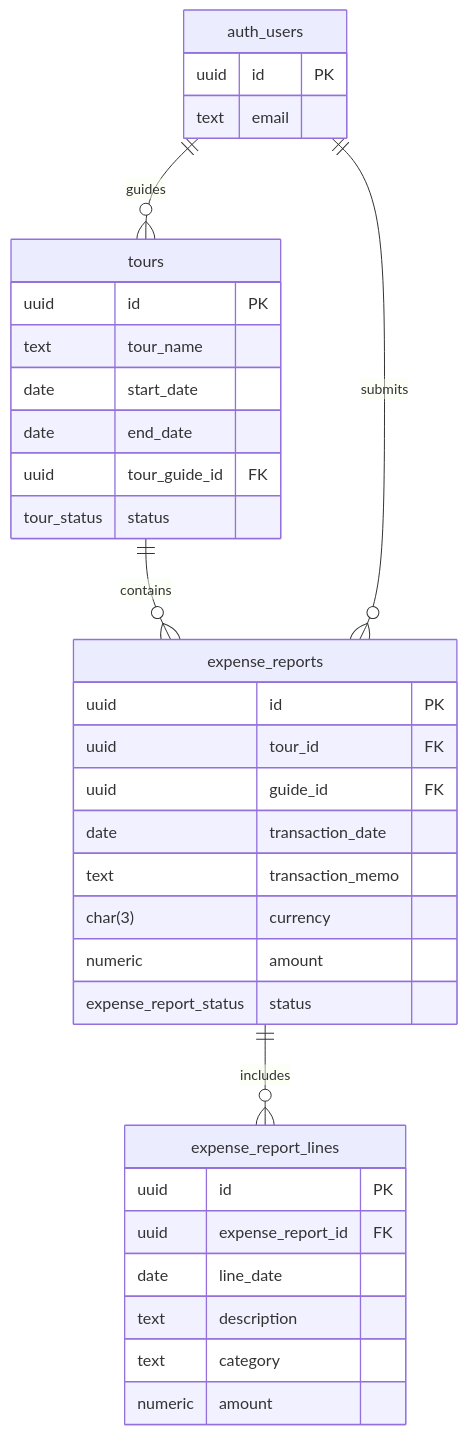
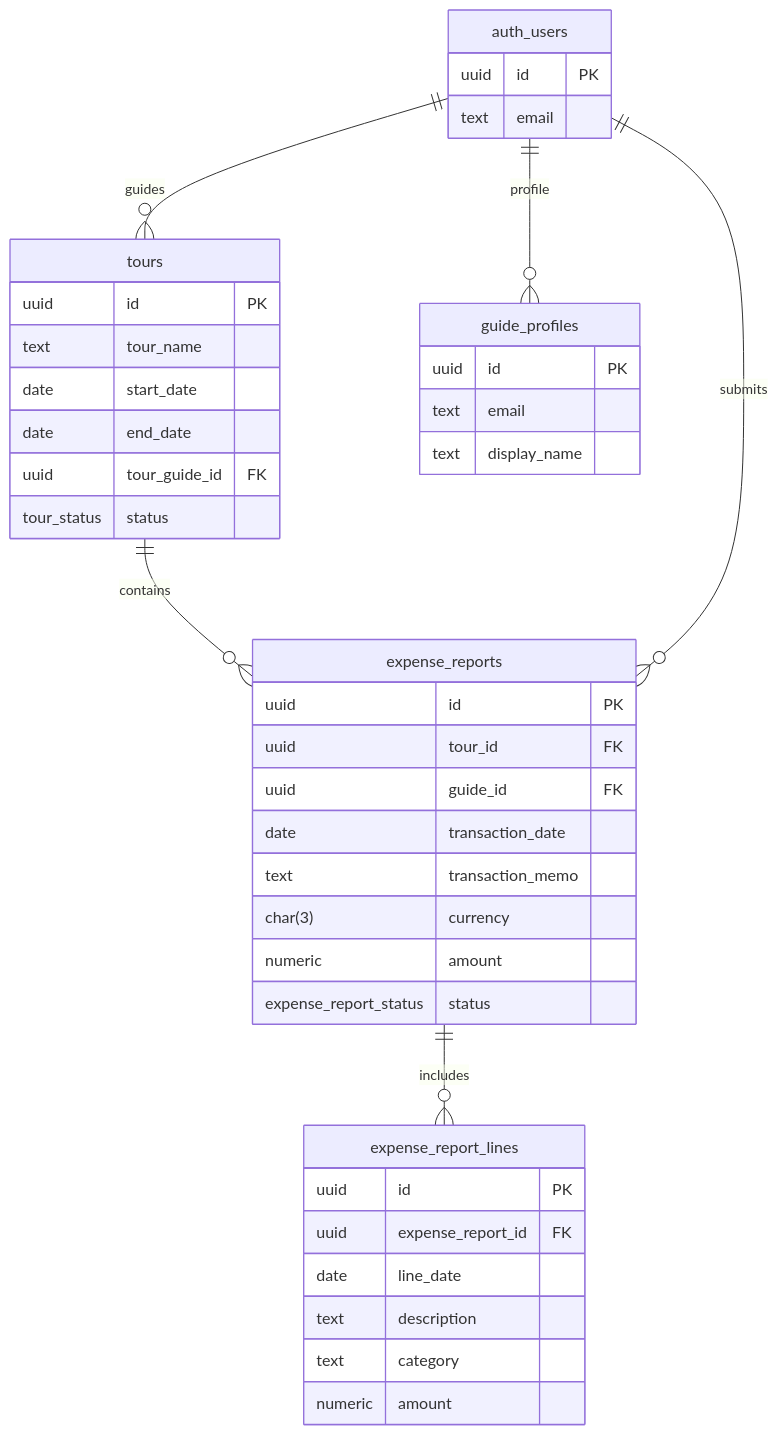
One commit to nomadvibecode/guide-cash-tracking changed the diagram in docs/database-schema.md. Above: the diagram before and after it, drawn with Mermaid. The commit also changed other lines of this file and 7 other files, not shown here.

````diff
--- a/docs/database-schema.md
+++ b/docs/database-schema.md
@@ -43,41 +48,48 @@
 ```mermaid
 erDiagram
   auth_users ||--o{ tours : guides
+  auth_users ||--o{ guide_profiles : profile
   tours ||--o{ expense_reports : contains
   auth_users ||--o{ expense_reports : submits
   expense_reports ||--o{ expense_report_lines : includes
 
   auth_users {
     uuid id PK
     text email
   }
 
   tours {
     uuid id PK
     text tour_name
     date start_date
     date end_date
     uuid tour_guide_id FK
     tour_status status
+  }
+
+  guide_profiles {
+    uuid id PK
+    text email
+    text display_name
   }
 
   expense_reports {
     uuid id PK
     uuid tour_id FK
     uuid guide_id FK
     date transaction_date
     text transaction_memo
     char(3) currency
     numeric amount
     expense_report_status status
   }
 
   expense_report_lines {
     uuid id PK
     uuid expense_report_id FK
     date line_date
     text description
     text category
     numeric amount
   }
 ```
````
